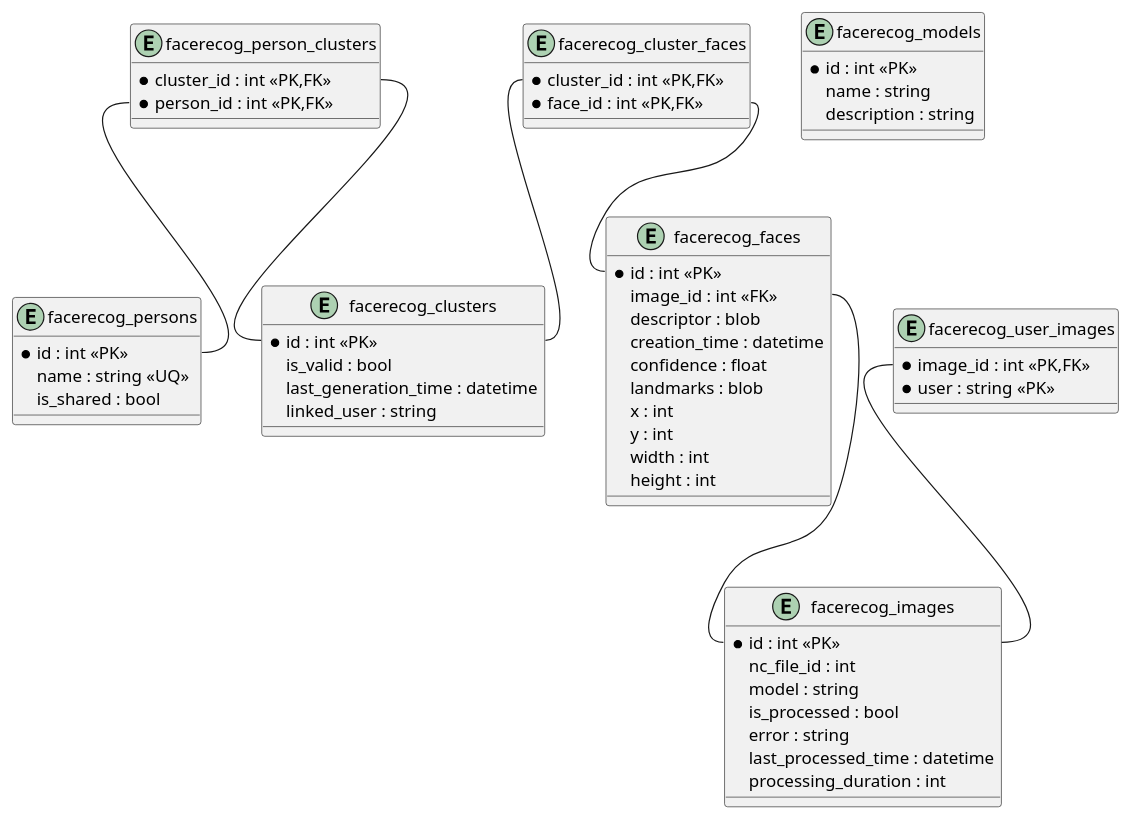
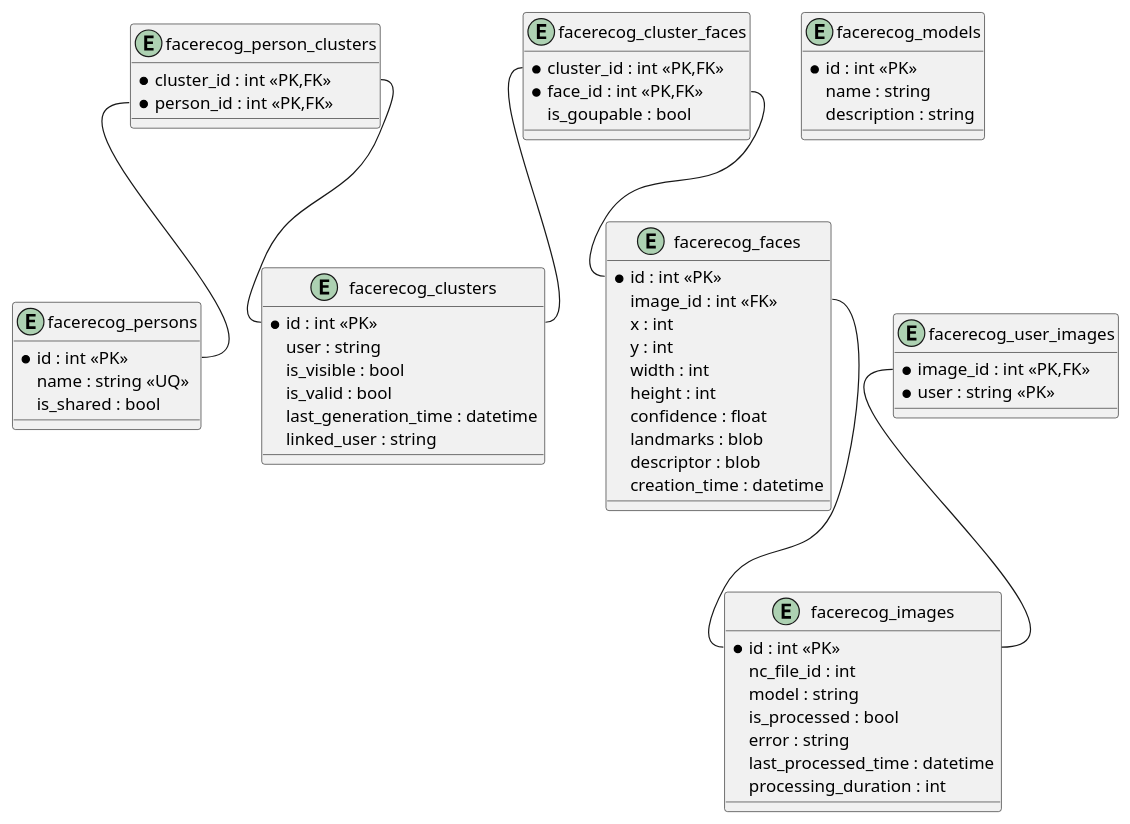
The diagram in ERD-schema.puml (mate1213/facerecognition), drawn with PlantUML before and after one commit. The commit also changed 3 other files, not shown here.

```diff
--- a/ERD-schema.puml
+++ b/ERD-schema.puml
@@ -1,67 +1,70 @@
 @startuml
 
 entity facerecog_clusters {
   *id : int <<PK>>
+  user : string
+  is_visible : bool
   is_valid : bool
   last_generation_time : datetime
   linked_user : string
 }
 
 entity facerecog_persons {
   *id : int <<PK>>
   name : string <<UQ>>
   is_shared : bool
 }
 
 entity facerecog_person_clusters {
   *cluster_id : int <<PK,FK>>
   *person_id : int <<PK,FK>>
 }
 
 entity facerecog_images {
   *id : int <<PK>>
   nc_file_id : int
   model : string
   is_processed : bool
   error : string
   last_processed_time : datetime
   processing_duration : int
 }
 
 entity facerecog_user_images {
   *image_id : int <<PK,FK>>
   *user : string <<PK>>
 }
 
 entity facerecog_faces {
   *id : int <<PK>>
   image_id : int <<FK>>
-  descriptor : blob
-  creation_time : datetime
-  confidence : float
-  landmarks : blob
   x : int
   y : int
   width : int
   height : int
+  confidence : float
+  landmarks : blob
+  descriptor : blob
+  creation_time : datetime
 }
 
 entity facerecog_cluster_faces {
   *cluster_id : int <<PK,FK>>
   *face_id : int <<PK,FK>>
+  is_goupable : bool
 }
 
 entity facerecog_models {
   *id : int <<PK>>
   name : string
   description : string
 }
 
 facerecog_person_clusters::cluster_id -- facerecog_clusters::id
 facerecog_person_clusters::person_id -- facerecog_persons::id
 facerecog_user_images::image_id -- facerecog_images::id
 facerecog_faces::image_id -- facerecog_images::id
 facerecog_cluster_faces::cluster_id -- facerecog_clusters::id
 facerecog_cluster_faces::face_id -- facerecog_faces::id
 
 @enduml
```
